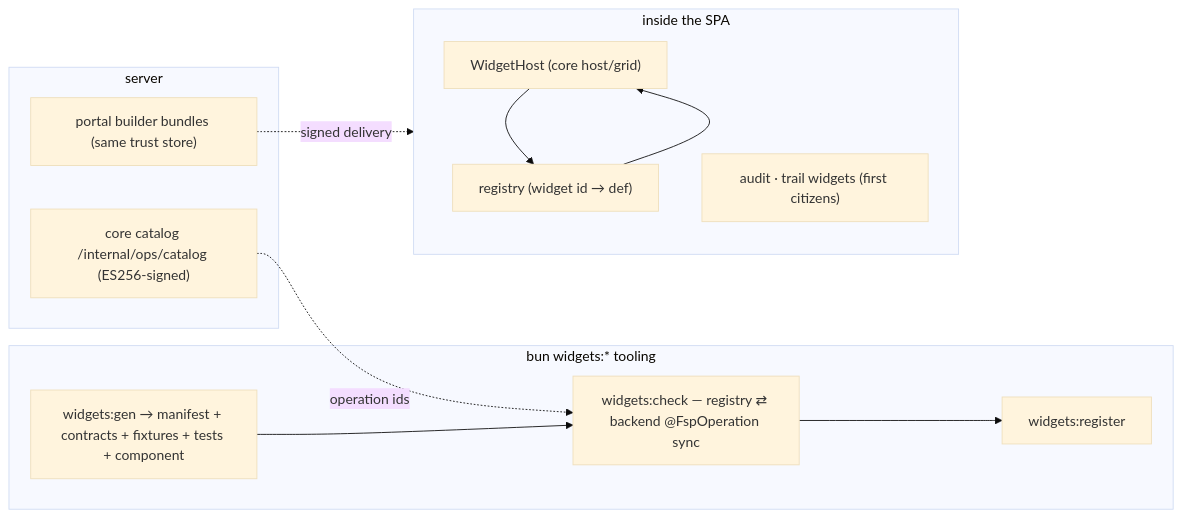
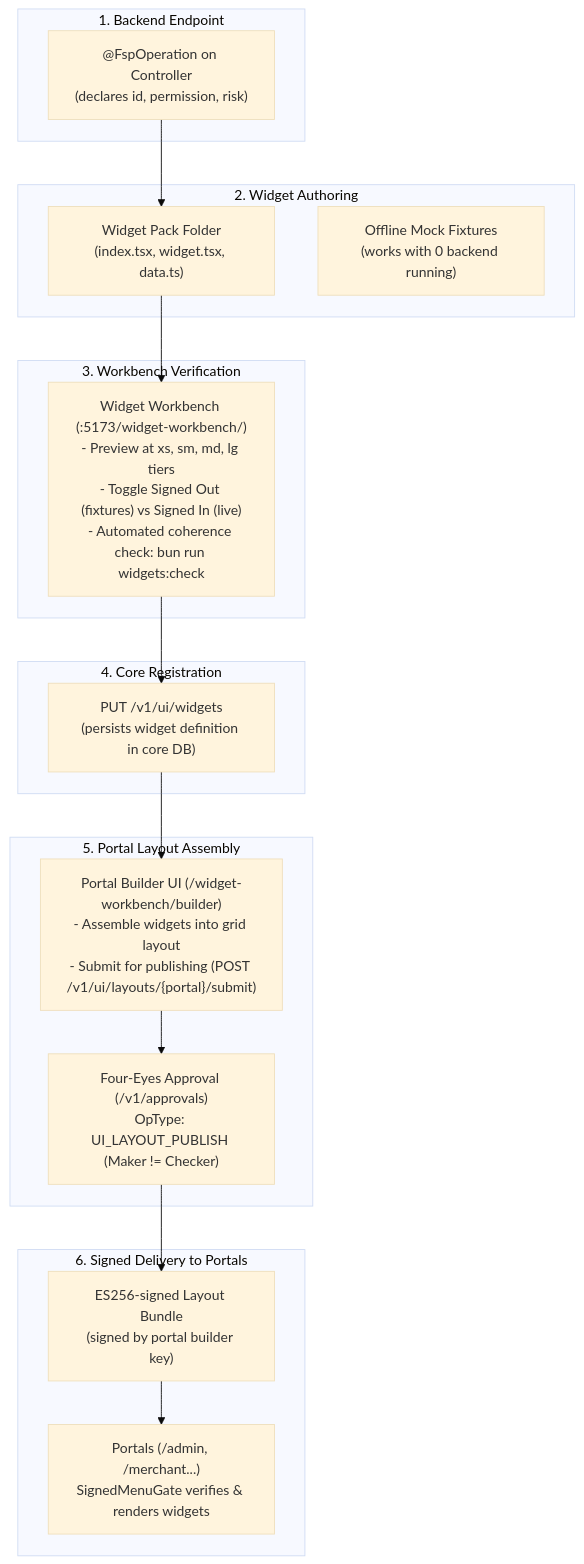
The third of 4 diagrams in docs/architecture/09-frontend-portals.md (FathimaBadar/FinancialServicesPlatform), drawn with Mermaid (base theme) before and after one commit. The commit also changed other lines of this file and 16 other files, not shown here.

First line of the commit message:
chore(ui+docs): yellow merchant accent, portal/dashboard docs, concurrency mandates, F-12 tests

````diff
--- a/docs/architecture/09-frontend-portals.md
+++ b/docs/architecture/09-frontend-portals.md
@@ -46,20 +68,31 @@
 ```mermaid
-flowchart LR
-    subgraph Codegen["bun widgets:* tooling"]
-        GEN["widgets:gen → manifest + contracts + fixtures + tests + component"]
-        CHK["widgets:check — registry ⇄ backend @FspOperation sync"]
-        REG["widgets:register"]
+flowchart TD
+    subgraph Step1["1. Backend Endpoint"]
+        BE["@FspOperation on Controller<br/>(declares id, permission, risk)"]
     end
-    subgraph Runtime["inside the SPA"]
-        HOST["WidgetHost (core host/grid)"] --> REGD["registry (widget id → def)"]
-        W["audit · trail widgets (first citizens)"]
+
+    subgraph Step2["2. Widget Authoring"]
+        WP["Widget Pack Folder<br/>(index.tsx, widget.tsx, data.ts)"]
+        FX["Offline Mock Fixtures<br/>(works with 0 backend running)"]
     end
-    subgraph ServerSide["server"]
-        CAT["core catalog /internal/ops/catalog (ES256-signed)"]
-        PB["portal builder bundles (same trust store)"]
+
+    subgraph Step3["3. Workbench Verification"]
+        WB["Widget Workbench (:5173/widget-workbench/)<br/>- Preview at xs, sm, md, lg tiers<br/>- Toggle Signed Out (fixtures) vs Signed In (live)<br/>- Automated coherence check: bun run widgets:check"]
     end
-    GEN --> CHK --> REG
-    REGD --> HOST
-    CAT -.->|operation ids| CHK
-    PB -.->|signed delivery| Runtime
+
+    subgraph Step4["4. Core Registration"]
+        REG["PUT /v1/ui/widgets<br/>(persists widget definition in core DB)"]
+    end
+
+    subgraph Step5["5. Portal Layout Assembly"]
+        BLD["Portal Builder UI (/widget-workbench/builder)<br/>- Assemble widgets into grid layout<br/>- Submit for publishing (POST /v1/ui/layouts/{portal}/submit)"]
+        FOUR["Four-Eyes Approval (/v1/approvals)<br/>OpType: UI_LAYOUT_PUBLISH (Maker != Checker)"]
+    end
+
+    subgraph Step6["6. Signed Delivery to Portals"]
+        SIGN["ES256-signed Layout Bundle<br/>(signed by portal builder key)"]
+        PORT["Portals (/admin, /merchant...)<br/>SignedMenuGate verifies & renders widgets"]
+    end
+
+    BE --> WP --> WB --> REG --> BLD --> FOUR --> SIGN --> PORT
 ```
````
